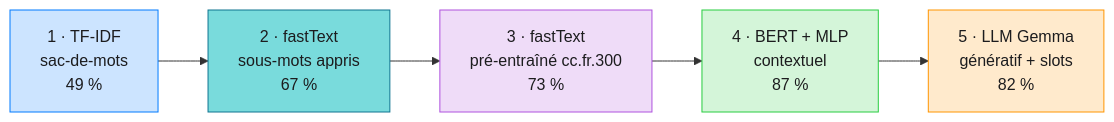
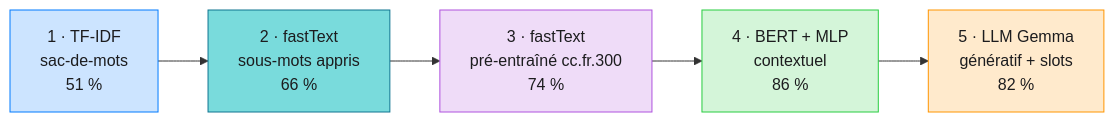
One commit to warith-harchaoui/intentions changed the first of 2 diagrams in LISEZMOI.md. Above: the diagram before and after it, drawn with Mermaid. The commit also changed other lines of this file and 34 other files, not shown here.

````diff
--- a/LISEZMOI.md
+++ b/LISEZMOI.md
@@ -55,9 +55,9 @@
 ```mermaid
 flowchart LR
-    A["1 · TF-IDF<br/>sac-de-mots<br/>49 %"] --> B["2 · fastText<br/>sous-mots appris<br/>67 %"] --> C["3 · fastText<br/>pré-entraîné cc.fr.300<br/>73 %"] --> D["4 · BERT + MLP<br/>contextuel<br/>87 %"] --> E["5 · LLM Gemma<br/>génératif + slots<br/>82 %"]
+    A["1 · TF-IDF<br/>sac-de-mots<br/>51 %"] --> B["2 · fastText<br/>sous-mots appris<br/>66 %"] --> C["3 · fastText<br/>pré-entraîné cc.fr.300<br/>74 %"] --> D["4 · BERT + MLP<br/>contextuel<br/>86 %"] --> E["5 · LLM Gemma<br/>génératif + slots<br/>82 %"]
     style A fill:#CCE4FF,stroke:#007AFF,color:#1C1C1E
     style B fill:#79DBDC,stroke:#0E7490,color:#1C1C1E
     style C fill:#EFDCF8,stroke:#AF52DE,color:#1C1C1E
     style D fill:#D4F5D9,stroke:#28CD41,color:#1C1C1E
     style E fill:#FFEACC,stroke:#FF9500,color:#1C1C1E
 ```
````
